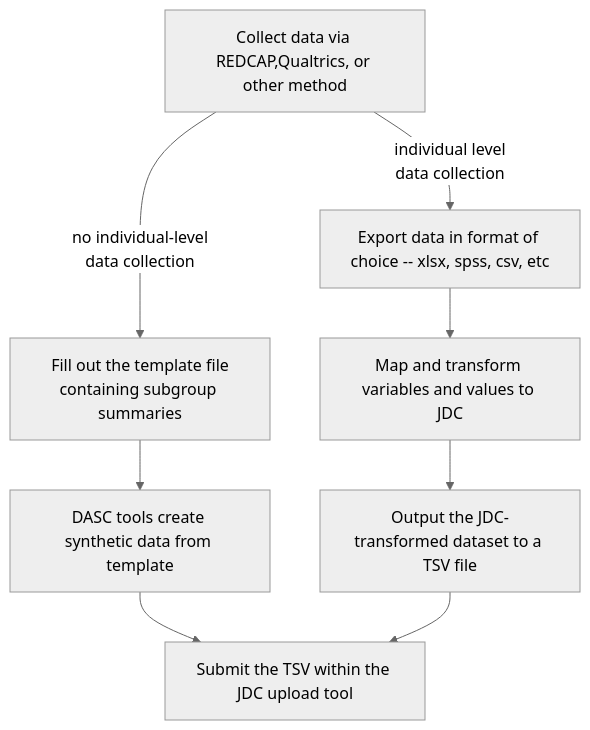
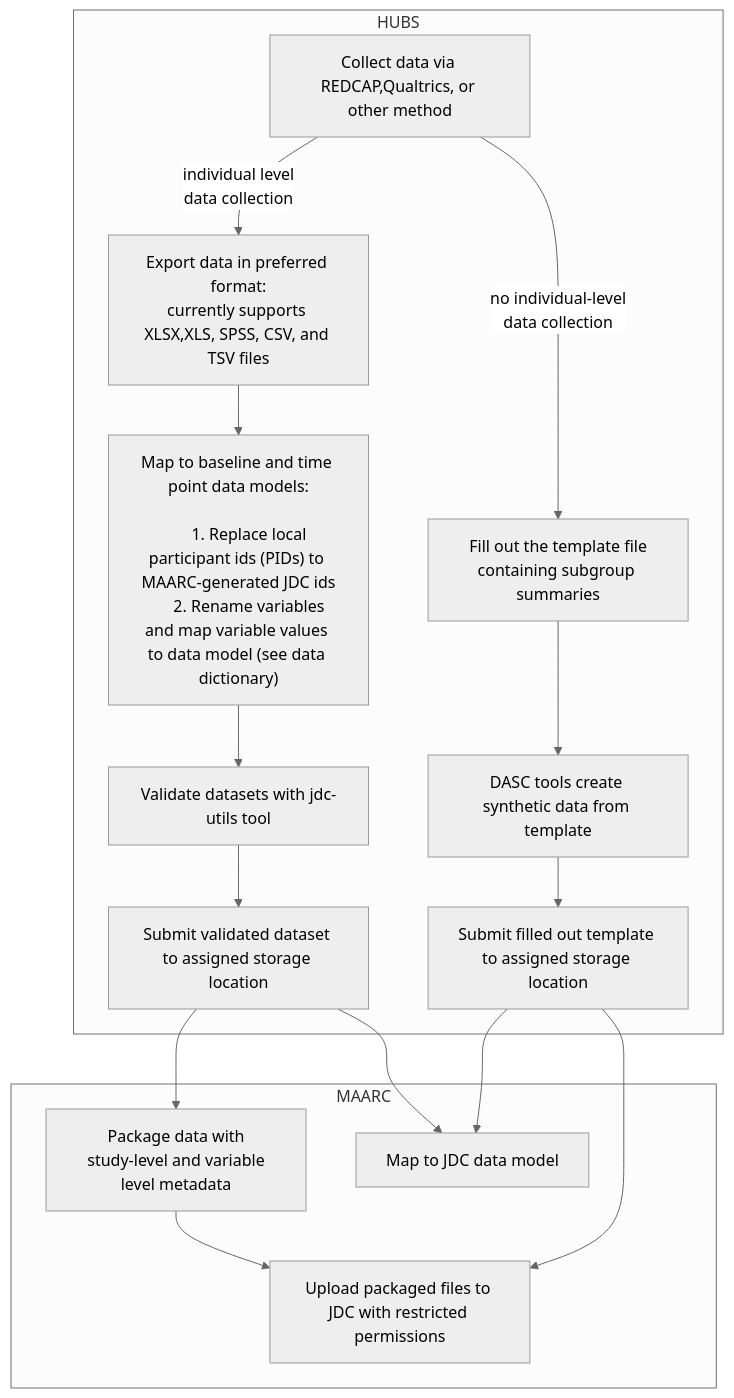
The diagram in docs/submission.md (norc-heal/jdc-docs-public), drawn with Mermaid (neutral theme) before and after one commit. The commit also changed other lines of this file and 70 other files, not shown here.

Commit message:
WIP updated submission procedures text,flowchart,etc

````diff
--- a/docs/submission.md
+++ b/docs/submission.md
@@ -40,20 +26,31 @@
 ```mermaid
 flowchart TB
 
-collect[Collect data via REDCAP,Qualtrics, or other method];
-export[Export data in format of choice -- xlsx, spss, csv, etc];
-summary[Fill out the template file\ncontaining subgroup summaries];
-send[DASC tools create synthetic data from template]
-map[Map and transform variables and values to JDC ];
-output[Output the JDC-transformed dataset to a TSV file];
-submit[Submit the TSV within the JDC upload tool];
+subgraph HUBS
+   collect[Collect data via REDCAP,Qualtrics, or other method];
+   export[Export data in preferred format:\ncurrently supports XLSX,XLS, SPSS, CSV, and TSV files];
+   summary[Fill out the template file\ncontaining subgroup summaries];
+   map["Map to baseline and time point data models:\n
+      1. Replace local participant ids (PIDs) to MAARC-generated JDC ids
+      2. Rename variables and map variable values to data model (see data dictionary)"];
+   validate["Validate datasets with jdc-utils tool"];
+   individual_submit["Submit validated dataset to assigned storage location"];
+   template_submit["Submit filled out template to assigned storage location"];
+   send[DASC tools create synthetic data from template]
 
-collect -- no individual-level\ndata collection --> summary --> send --> submit
-collect -- individual level\ndata collection --> export --> map --> output --> submit
+   collect -- no individual-level\ndata collection --> summary --> send --> template_submit
+   collect -- individual level\ndata collection --> export --> map --> validate --> individual_submit
+end;
 
+subgraph MAARC 
+   maarc_submit[Upload packaged files to JDC with restricted permissions];
+   package_file["Package data with\n study-level and variable level metadata"];
+   map_to_JDC["Map to JDC data model"];
 
-click map "https://rcg.bsd.uchicago.edu/gitlab/maarc/dasc" "Takes you to JDC utilities for creating submissions"
-click submit "https://jcoin.datacommons.io/submission#" "Takes you to submission page"
-click summary "https://uchicago.box.com/s/k0cu05u3lzyg6ca2owva5qpfqoj5xuwt" "Takes you to template -- contact XXX for access"
+   individual_submit --> package_file --> maarc_submit
+   template_submit --> maarc_submit
 
+   individual_submit --> map_to_JDC
+   template_submit --> map_to_JDC
+end;
 ```
````
